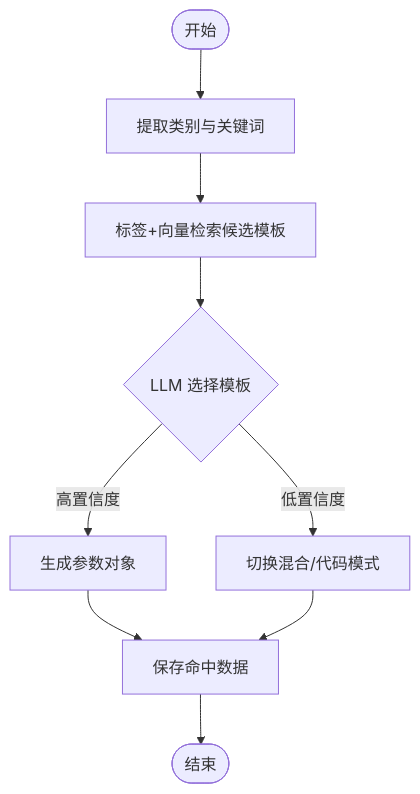
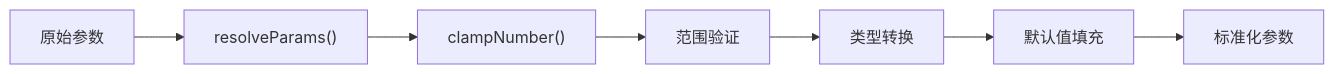
The fifth of 8 diagrams in .qoder/repowiki/zh/content/核心功能模块/模板系统与参数化.md (MrXujiang/ApexForge), drawn with Mermaid before and after one commit. The commit also changed other lines of this file and 84 other files, not shown here.

````diff
--- a/.qoder/repowiki/zh/content/核心功能模块/模板系统与参数化.md
+++ b/.qoder/repowiki/zh/content/核心功能模块/模板系统与参数化.md
@@ -151,11 +194,9 @@
 ```mermaid
-flowchart TD
-Start(["开始"]) --> Extract["提取类别与关键词"]
-Extract --> Retrieve["标签+向量检索候选模板"]
-Retrieve --> LLMSelect{"LLM 选择模板"}
-LLMSelect --> |高置信度| GenParams["生成参数对象"]
-LLMSelect --> |低置信度| Fallback["切换混合/代码模式"]
-GenParams --> SaveHit["保存命中数据"]
-Fallback --> SaveHit
-SaveHit --> End(["结束"])
+flowchart LR
+A["原始参数"] --> B["resolveParams()"]
+B --> C["clampNumber()"]
+C --> D["范围验证"]
+D --> E["类型转换"]
+E --> F["默认值填充"]
+F --> G["标准化参数"]
 ```
````
